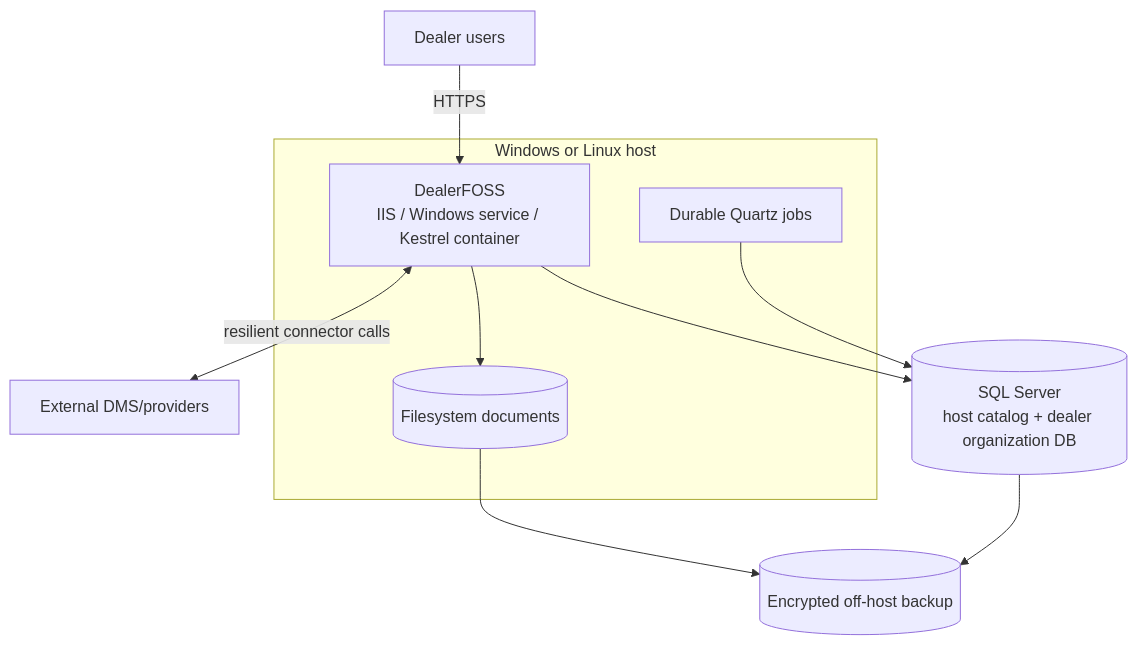
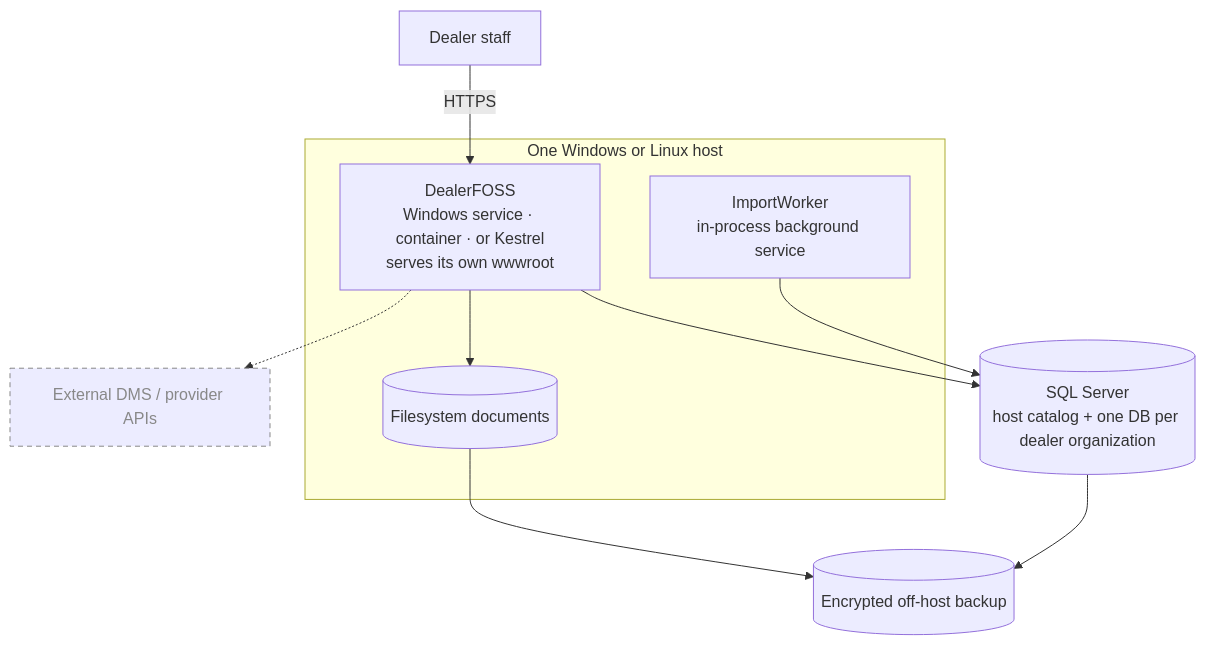
One commit to PoulaAdel/DealerFOSS changed the first of 2 diagrams in docs/diagrams/07-deployment.md. Above: the diagram before and after it, drawn with Mermaid. The commit also changed other lines of this file and 4 other files, not shown here.

First line of the commit message:
docs: the last three diagrams stop describing a system we did not build

````diff
--- a/docs/diagrams/07-deployment.md
+++ b/docs/diagrams/07-deployment.md
@@ -7,20 +14,23 @@
 ```mermaid
 flowchart TB
-    Users["Dealer users"]
-    subgraph Host["Windows or Linux host"]
-        App["DealerFOSS<br/>IIS / Windows service / Kestrel container"]
-        Jobs["Durable Quartz jobs"]
+    Users["Dealer staff"]
+    subgraph Host["One Windows or Linux host"]
+        App["DealerFOSS<br/>Windows service · container · or Kestrel<br/>serves its own wwwroot"]
+        Jobs["ImportWorker<br/>in-process background service"]
         Docs[("Filesystem documents")]
     end
-    SQL[("SQL Server<br/>host catalog + dealer organization DB")]
+    SQL[("SQL Server<br/>host catalog + one DB per dealer organization")]
     Backup[("Encrypted off-host backup")]
-    Providers["External DMS/providers"]
+    Providers["External DMS / provider APIs"]
 
     Users -->|HTTPS| App
     App --> SQL
     Jobs --> SQL
     App --> Docs
-    App <-->|resilient connector calls| Providers
+    App -.-> Providers
     SQL --> Backup
     Docs --> Backup
+
+    classDef planned stroke-dasharray:5 4,color:#888,stroke:#888
+    class Providers planned
 ```
````
